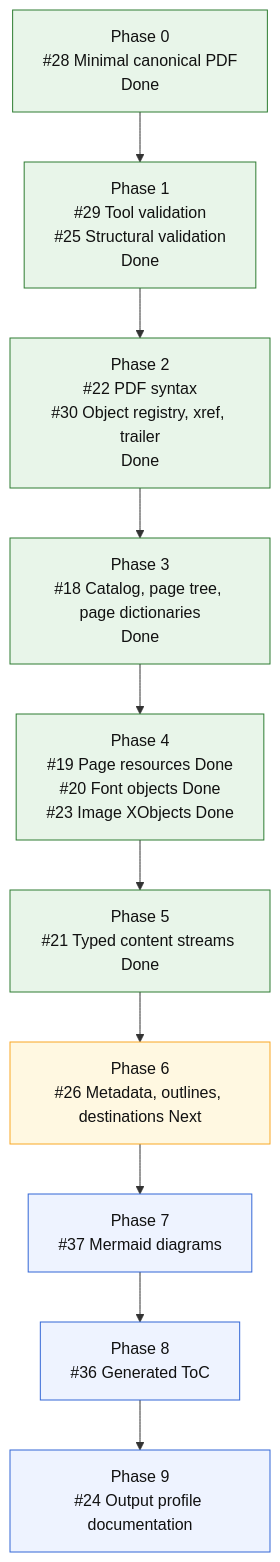
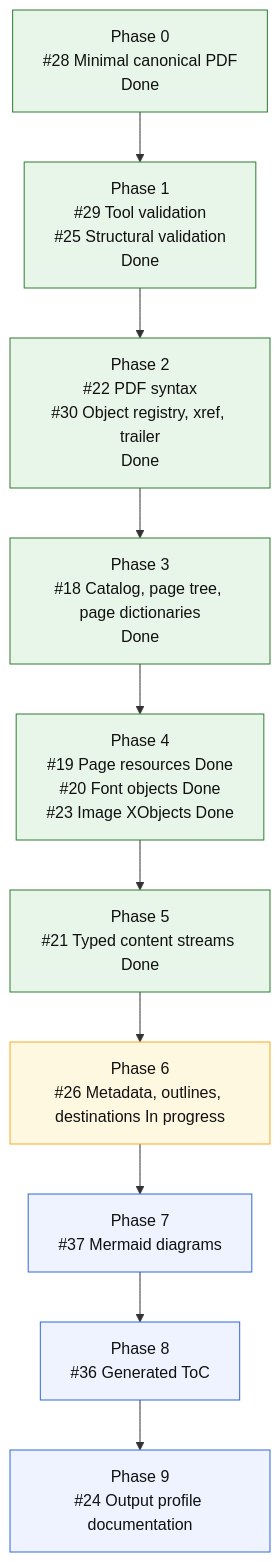
Before and after one commit to mihaelamj/MarkdownPDF: the diagram in README.md, drawn with Mermaid. The commit also changed other lines of this file and 22 other files, not shown here.

````diff
--- a/README.md
+++ b/README.md
@@ -126,22 +127,22 @@
 ```mermaid
 flowchart TD
     P0["Phase 0<br/>#28 Minimal canonical PDF<br/>Done"]
     P1["Phase 1<br/>#29 Tool validation<br/>#25 Structural validation<br/>Done"]
     P2["Phase 2<br/>#22 PDF syntax<br/>#30 Object registry, xref, trailer<br/>Done"]
     P3["Phase 3<br/>#18 Catalog, page tree, page dictionaries<br/>Done"]
     P4["Phase 4<br/>#19 Page resources Done<br/>#20 Font objects Done<br/>#23 Image XObjects Done"]
     P5["Phase 5<br/>#21 Typed content streams Done"]
-    P6["Phase 6<br/>#26 Metadata, outlines, destinations Next"]
+    P6["Phase 6<br/>#26 Metadata, outlines, destinations In progress"]
     P7["Phase 7<br/>#37 Mermaid diagrams"]
     P8["Phase 8<br/>#36 Generated ToC"]
     P9["Phase 9<br/>#24 Output profile documentation"]
 
     P0 --> P1 --> P2 --> P3 --> P4 --> P5 --> P6 --> P7 --> P8 --> P9
 
     classDef done fill:#e8f5e9,stroke:#2e7d32,color:#111;
     classDef next fill:#fff8e1,stroke:#f9a825,color:#111;
     classDef todo fill:#eef3ff,stroke:#3367d6,color:#111;
     class P0,P1,P2,P3,P4,P5 done;
     class P6 next;
     class P7,P8,P9 todo;
 ```
````
